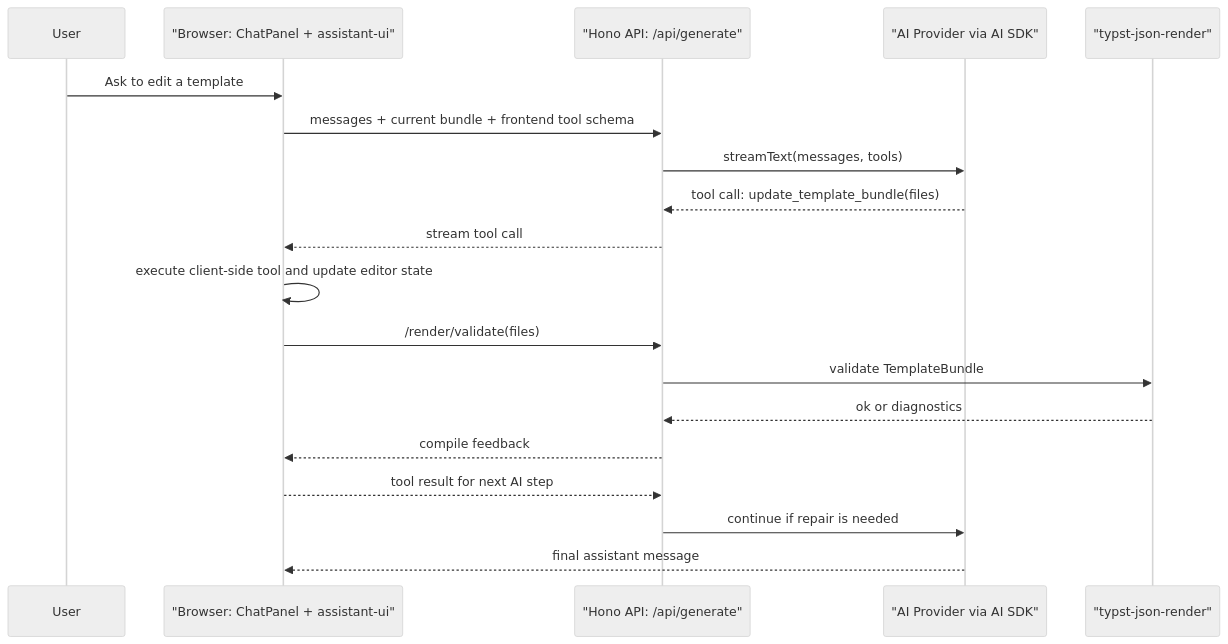
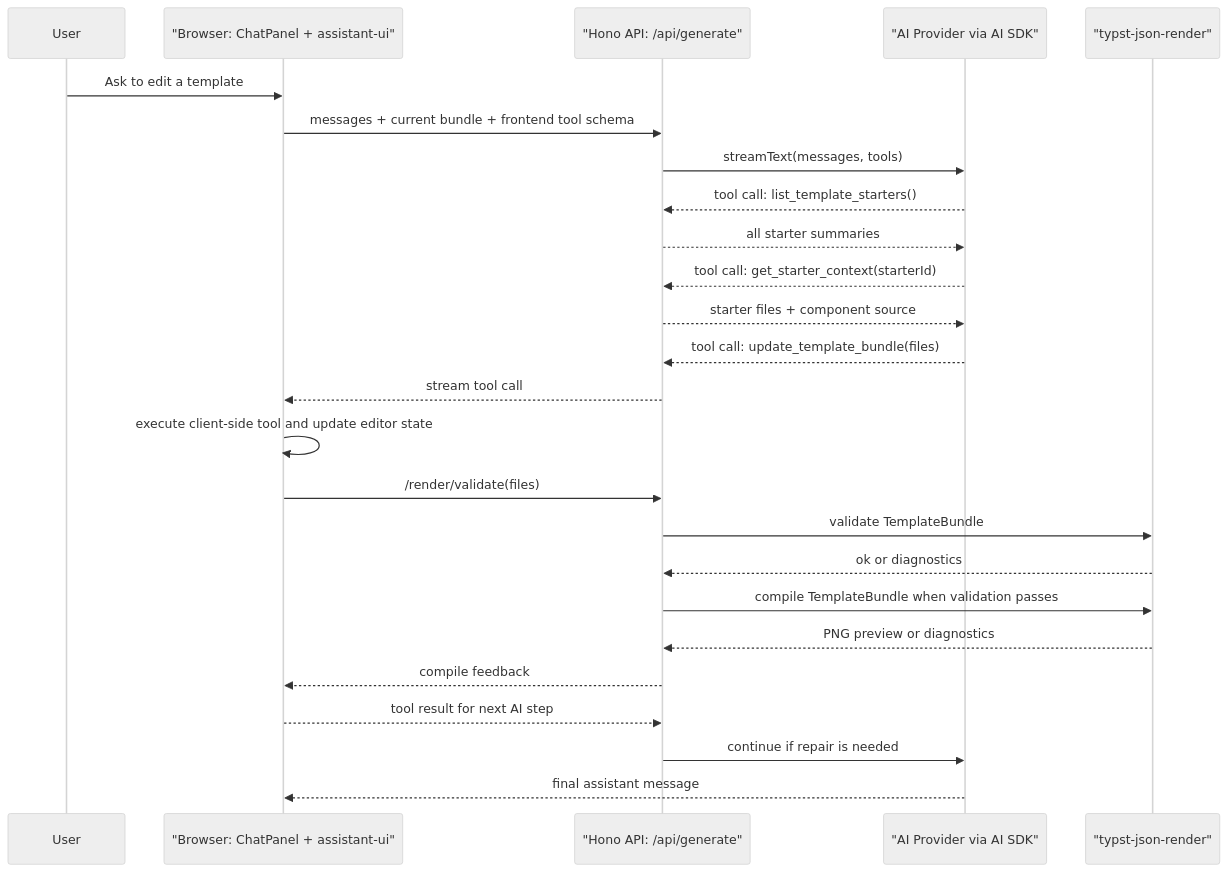
Before and after one commit to boe1900/deepprint-ts: the diagram in docs/restart-plan-v1.md, drawn with Mermaid (neutral theme). The commit also changed other lines of this file and 8 other files, not shown here.

Commit message:
Add starter context tools

````diff
--- a/docs/restart-plan-v1.md
+++ b/docs/restart-plan-v1.md
@@ -85,22 +190,28 @@
 ```mermaid
 sequenceDiagram
   participant User
   participant Browser as "Browser: ChatPanel + assistant-ui"
   participant Hono as "Hono API: /api/generate"
   participant LLM as "AI Provider via AI SDK"
   participant Render as "typst-json-render"
 
   User->>Browser: Ask to edit a template
   Browser->>Hono: messages + current bundle + frontend tool schema
   Hono->>LLM: streamText(messages, tools)
+  LLM-->>Hono: tool call: list_template_starters()
+  Hono-->>LLM: all starter summaries
+  LLM-->>Hono: tool call: get_starter_context(starterId)
+  Hono-->>LLM: starter files + component source
   LLM-->>Hono: tool call: update_template_bundle(files)
   Hono-->>Browser: stream tool call
   Browser->>Browser: execute client-side tool and update editor state
   Browser->>Hono: /render/validate(files)
   Hono->>Render: validate TemplateBundle
   Render-->>Hono: ok or diagnostics
+  Hono->>Render: compile TemplateBundle when validation passes
+  Render-->>Hono: PNG preview or diagnostics
   Hono-->>Browser: compile feedback
   Browser-->>Hono: tool result for next AI step
   Hono->>LLM: continue if repair is needed
   LLM-->>Browser: final assistant message
 ```
````
